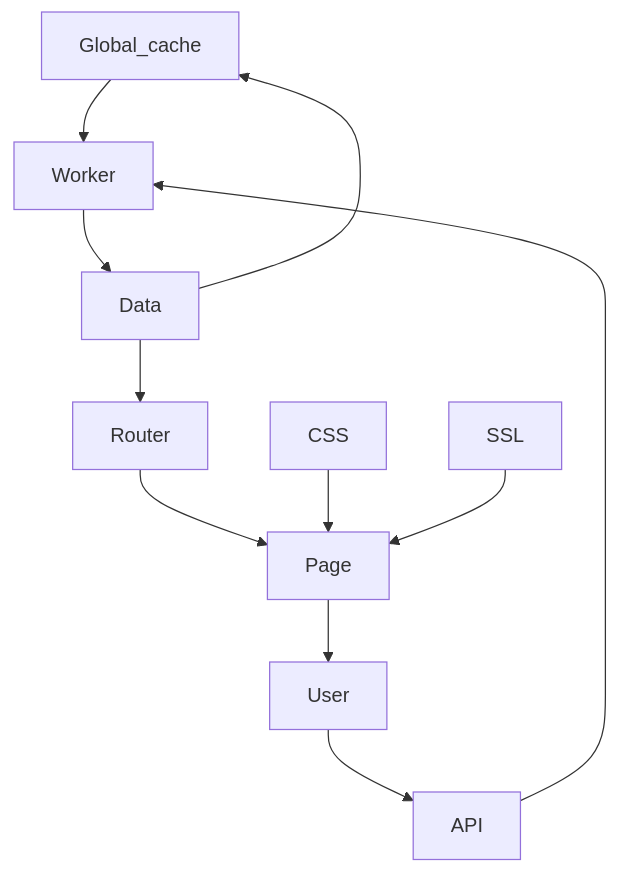
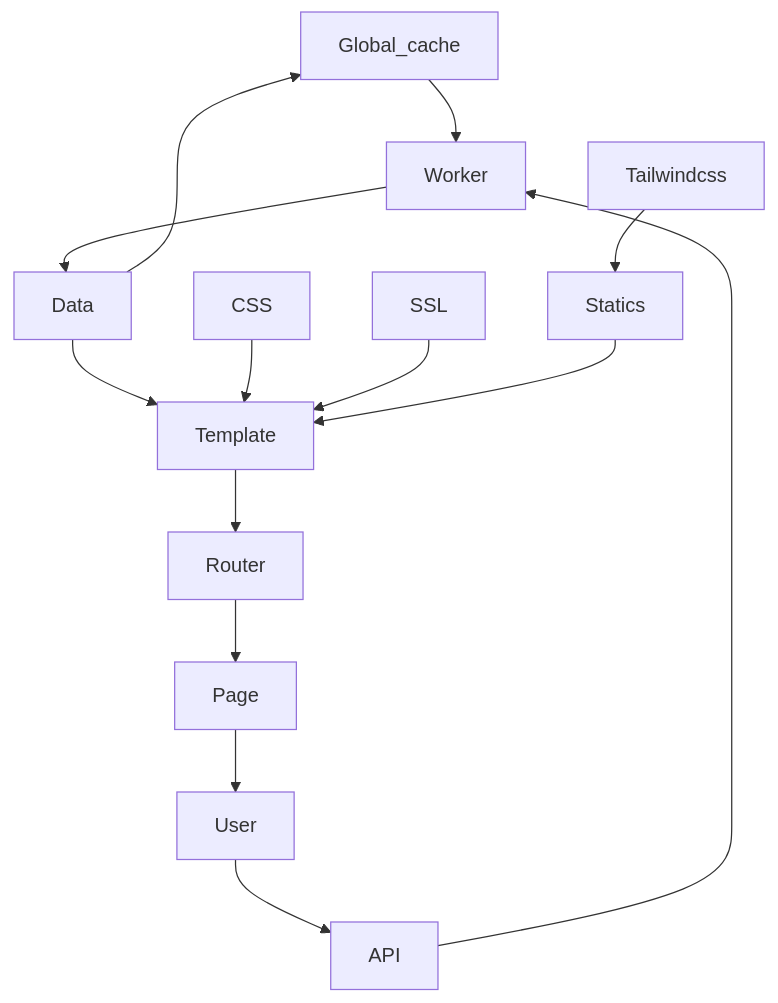
One commit to KnowScratcher/Library changed the diagram in DEVELPO.md. Above: the diagram before and after it, drawn with Mermaid. The commit also changed 1 other file, not shown here.

````diff
--- a/DEVELPO.md
+++ b/DEVELPO.md
@@ -23,13 +23,16 @@
 ```mermaid
 graph TD;
     Global_cache-->Worker;
     User-->API;
     API-->Worker;
     Worker-->Data;
     Data-->Global_cache;
-    Router-->Page;
+    Template-->Router;
+    Router-->Page
     Page-->User;
-    Data-->Router;
-    CSS-->Page
-    SSL-->Page
+    Data-->Template;
+    CSS-->Template;
+    SSL-->Template;
+    Statics-->Template;
+    Tailwindcss-->Statics;
 ```
````
